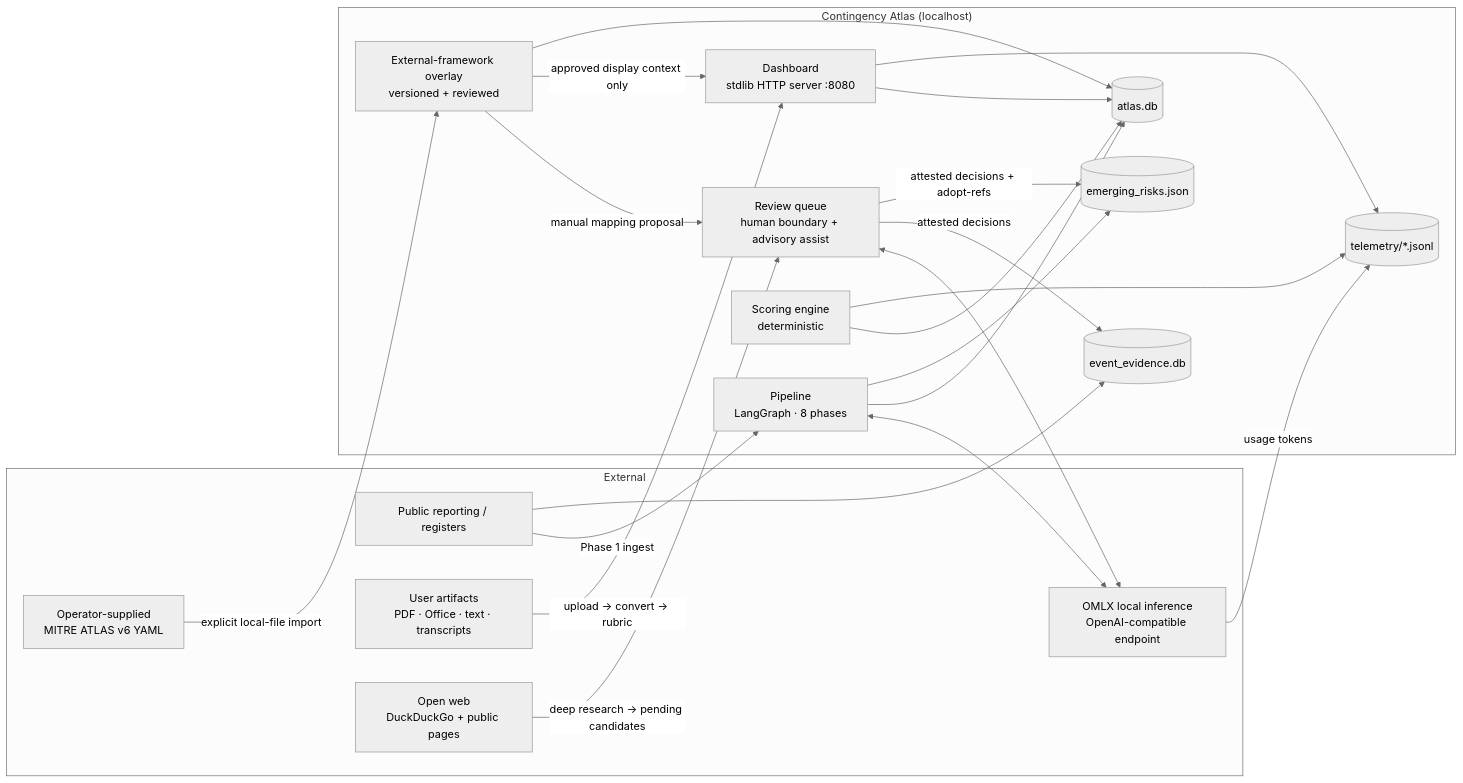
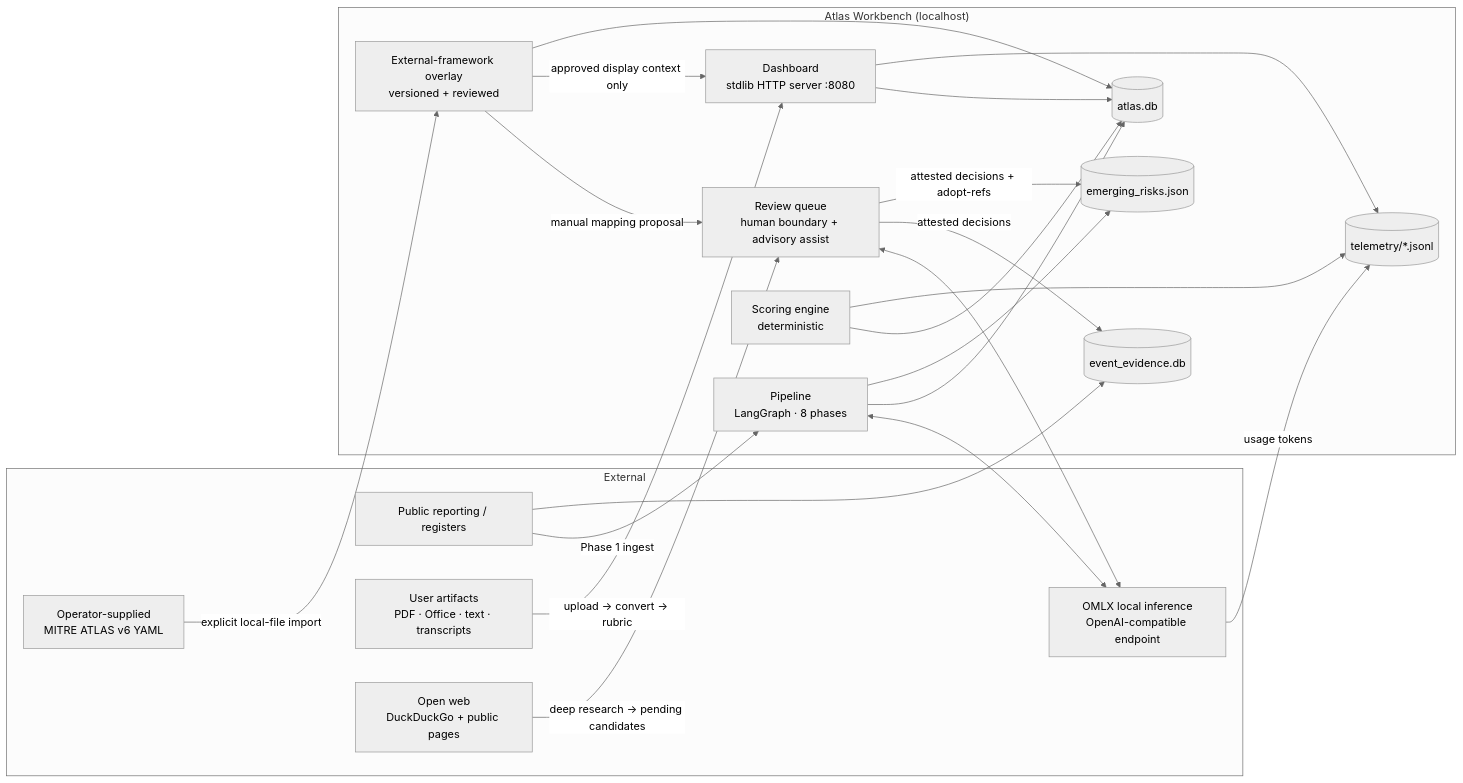
One commit to sw30labs/atlas-workbench changed the diagram in docs/reference/architecture.md. Above: the diagram before and after it, drawn with Mermaid (neutral theme). The commit also changed other lines of this file and 378 other files, not shown here.

First line of the commit message:
feat(release): rename the package to workbench_atlas for 0.2.0

````diff
--- a/docs/reference/architecture.md
+++ b/docs/reference/architecture.md
@@ -23,42 +23,42 @@
 ```mermaid
 flowchart LR
     subgraph External
         EVIDENCE[Public reporting / registers]
         ART[User artifacts<br/>PDF · Office · text · transcripts]
         WEB[Open web<br/>DuckDuckGo + public pages]
         MATLAS[Operator-supplied<br/>MITRE ATLAS v6 YAML]
         OMLX[OMLX local inference<br/>OpenAI-compatible endpoint]
     end
 
-    subgraph Atlas["Contingency Atlas (localhost)"]
+    subgraph Atlas["Atlas Workbench (localhost)"]
         UI[Dashboard<br/>stdlib HTTP server :8080]
         RQ[Review queue<br/>human boundary + advisory assist]
         PL[Pipeline<br/>LangGraph · 8 phases]
         ENG[Scoring engine<br/>deterministic]
         FW[External-framework overlay<br/>versioned + reviewed]
         DB[(atlas.db)]
         EDB[(event_evidence.db)]
         TEL[(telemetry/*.jsonl)]
         RISKS[(emerging_risks.json)]
     end
 
     EVIDENCE -->|Phase 1 ingest| PL
     ART -->|upload → convert → rubric| UI
     WEB -->|deep research → pending candidates| RQ
     MATLAS -->|explicit local-file import| FW
     FW -->|manual mapping proposal| RQ
     FW -->|approved display context only| UI
     FW --> DB
     PL <--> OMLX
     RQ <--> OMLX
     PL --> DB
     PL --> RISKS
     EVIDENCE --> EDB
     RQ -->|attested decisions| EDB
     RQ -->|attested decisions + adopt-refs| RISKS
     ENG --> DB
     ENG --> TEL
     UI --> DB
     UI --> TEL
     OMLX -->|usage tokens| TEL
 ```
````
